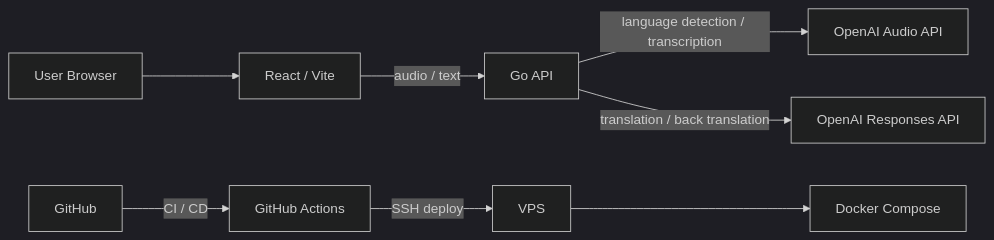
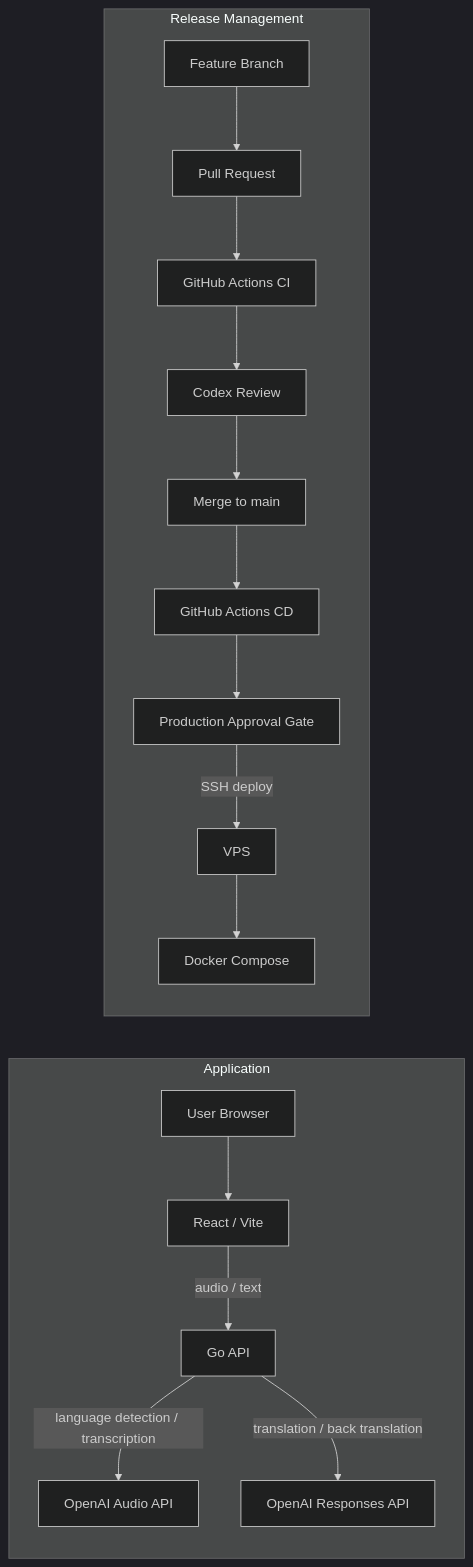
The diagram in README.md (shin-arita/gotalk), drawn with Mermaid (dark theme) before and after one commit. The commit also changed other lines of this file and 3 other files, not shown here.

````diff
--- a/README.md
+++ b/README.md
@@ -46,11 +46,20 @@
 ```mermaid
 flowchart LR
-  User[User Browser] --> Frontend[React / Vite]
-  Frontend -->|audio / text| Backend[Go API]
-  Backend -->|language detection / transcription| Audio[OpenAI Audio API]
-  Backend -->|translation / back translation| Responses[OpenAI Responses API]
+  subgraph App[Application]
+    User[User Browser] --> Frontend[React / Vite]
+    Frontend -->|audio / text| Backend[Go API]
+    Backend -->|language detection / transcription| Audio[OpenAI Audio API]
+    Backend -->|translation / back translation| Responses[OpenAI Responses API]
+  end
 
-  GitHub[GitHub] -->|CI / CD| Actions[GitHub Actions]
-  Actions -->|SSH deploy| VPS[VPS]
-  VPS --> Docker[Docker Compose]
+  subgraph Release[Release Management]
+    Feature[Feature Branch] --> PR[Pull Request]
+    PR --> CI[GitHub Actions CI]
+    CI --> Review[Codex Review]
+    Review --> Main[Merge to main]
+    Main --> CD[GitHub Actions CD]
+    CD --> Approval[Production Approval Gate]
+    Approval -->|SSH deploy| VPS[VPS]
+    VPS --> Docker[Docker Compose]
+  end
 ```
````
